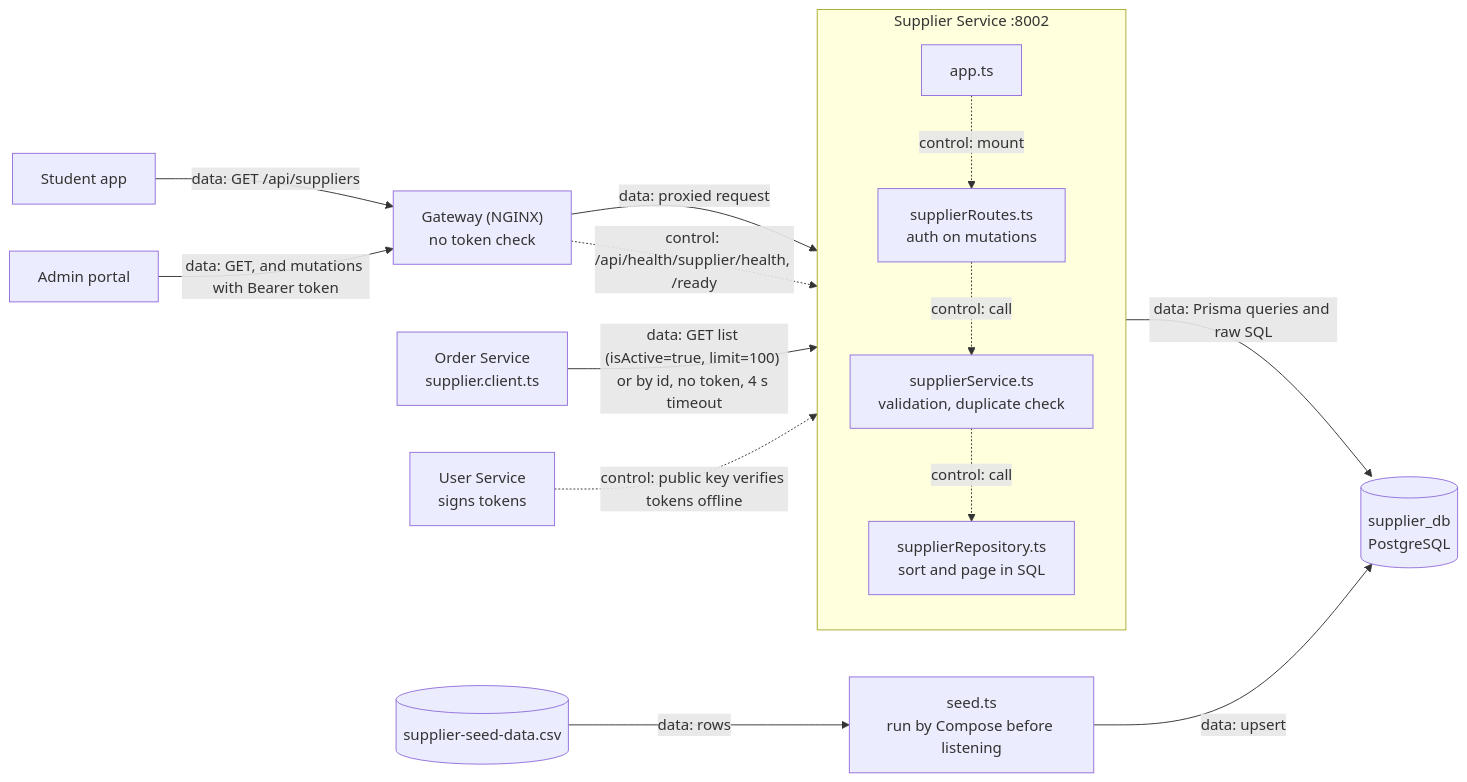
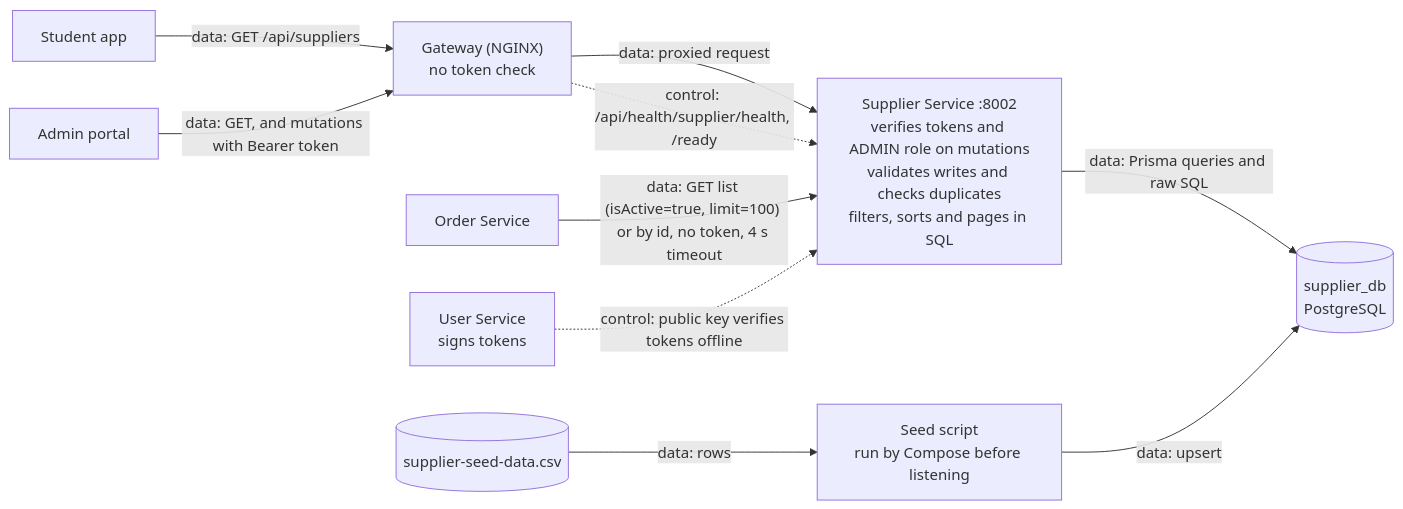
One commit to AY2627S1-CS3219-P25/friend-on-campus changed the first of 6 diagrams in docs/services/supplier-service/README.md. Above: the diagram before and after it, drawn with Mermaid. The commit also changed other lines of this file and 7 other files, not shown here.

Commit message:
Adds SoC LLM Flow diagram, legends in digrams all services diagrams

````diff
--- a/docs/services/supplier-service/README.md
+++ b/docs/services/supplier-service/README.md
@@ -58,27 +58,22 @@
 ```mermaid
 flowchart LR
   SA[Student app]
   AP[Admin portal]
   GW["Gateway (NGINX)<br/>no token check"]
-  OS["Order Service<br/>supplier.client.ts"]
+  OS["Order Service"]
   UC["User Service<br/>signs tokens"]
   CSV[("supplier-seed-data.csv")]
-  subgraph SS["Supplier Service :8002"]
-    direction TB
-    APP["app.ts"] -.->|"control: mount"| RT["supplierRoutes.ts<br/>auth on mutations"]
-    RT -.->|"control: call"| SV["supplierService.ts<br/>validation, duplicate check"]
-    SV -.->|"control: call"| RP["supplierRepository.ts<br/>sort and page in SQL"]
-  end
+  SEED["Seed script<br/>run by Compose before listening"]
+  SS["Supplier Service :8002<br/>verifies tokens and ADMIN role on mutations<br/>validates writes and checks duplicates<br/>filters, sorts and pages in SQL"]
   DB[("supplier_db<br/>PostgreSQL")]
-  SEED["seed.ts<br/>run by Compose before listening"]
 
   SA -->|"data: GET /api/suppliers"| GW
   AP -->|"data: GET, and mutations with Bearer token"| GW
-  GW -->|"data: proxied request"| APP
-  OS -->|"data: GET list (isActive=true, limit=100) or by id, no token, 4 s timeout"| APP
-  RP -->|"data: Prisma queries and raw SQL"| DB
+  GW -->|"data: proxied request"| SS
+  OS -->|"data: GET list (isActive=true, limit=100) or by id, no token, 4 s timeout"| SS
+  SS -->|"data: Prisma queries and raw SQL"| DB
   CSV -->|"data: rows"| SEED
   SEED -->|"data: upsert"| DB
-  UC -.->|"control: public key verifies tokens offline"| RT
-  GW -.->|"control: /api/health/supplier/health, /ready"| APP
+  UC -.->|"control: public key verifies tokens offline"| SS
+  GW -.->|"control: /api/health/supplier/health, /ready"| SS
 ```
````
